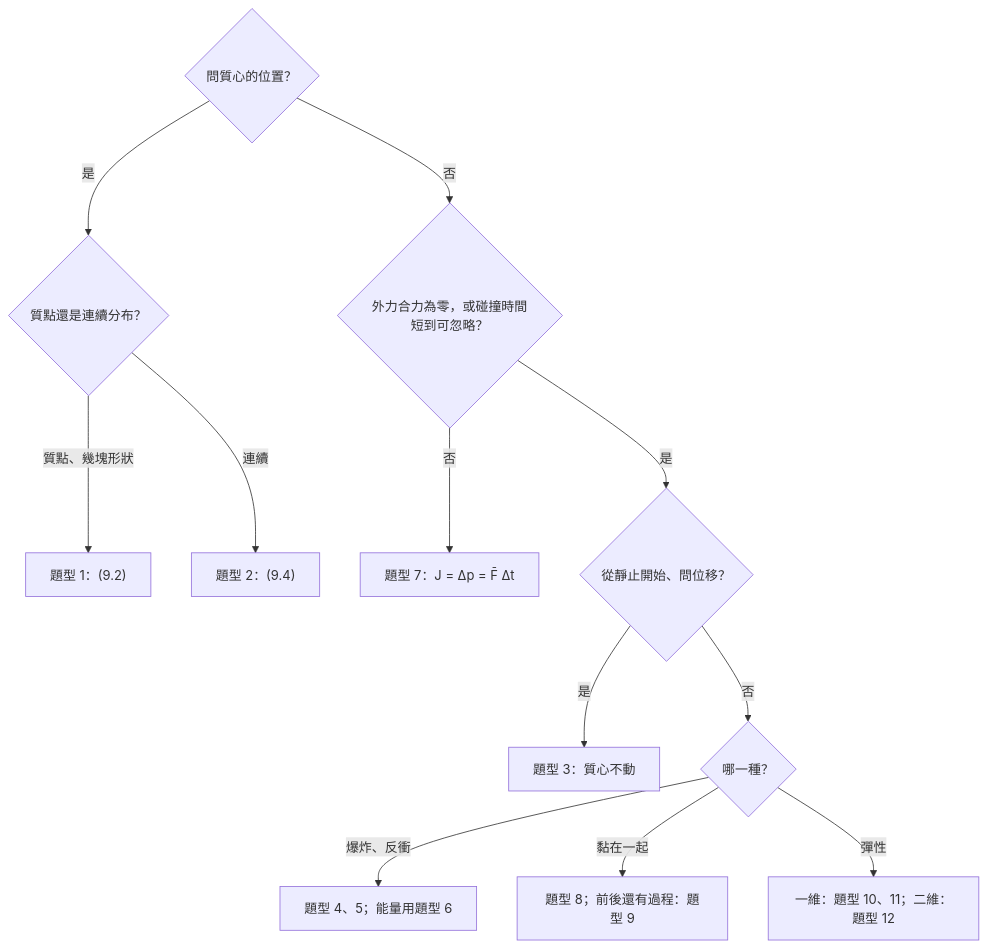
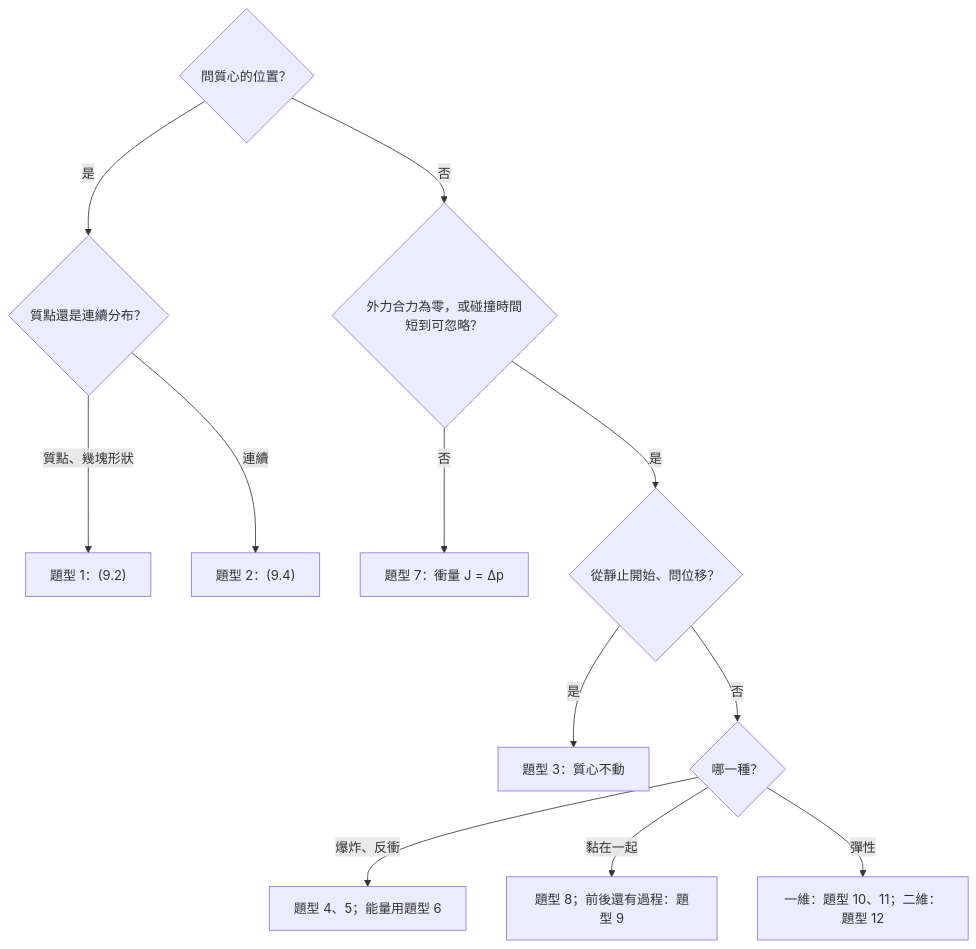
The second of 2 diagrams in 大學/課程/Physics/PHY1 General Physics I/Summaries/PHY1 Ch9 Summary.md (T0nytsu/T0ny_vault), drawn with Mermaid before and after one commit. The commit also changed other lines of this file and 2 other files, not shown here.

````diff
--- a/大學/課程/Physics/PHY1 General Physics I/Summaries/PHY1 Ch9 Summary.md
+++ b/大學/課程/Physics/PHY1 General Physics I/Summaries/PHY1 Ch9 Summary.md
@@ -309,14 +304,14 @@
 ```mermaid
 flowchart TD
   Q{"問質心的位置？"} -->|是| D{"質點還是連續分布？"}
   D -->|質點、幾塊形狀| T1["題型 1：(9.2)"]
   D -->|連續| T2["題型 2：(9.4)"]
   Q -->|否| E{"外力合力為零，或碰撞時間短到可忽略？"}
-  E -->|否| T7["題型 7：J = Δp = F̄ Δt"]
+  E -->|否| T7["題型 7：衝量 J = Δp"]
   E -->|是| R{"從靜止開始、問位移？"}
   R -->|是| T3["題型 3：質心不動"]
   R -->|否| C{"哪一種？"}
   C -->|爆炸、反衝| T4["題型 4、5；能量用題型 6"]
   C -->|黏在一起| T8["題型 8；前後還有過程：題型 9"]
   C -->|彈性| T10["一維：題型 10、11；二維：題型 12"]
 ```
````
